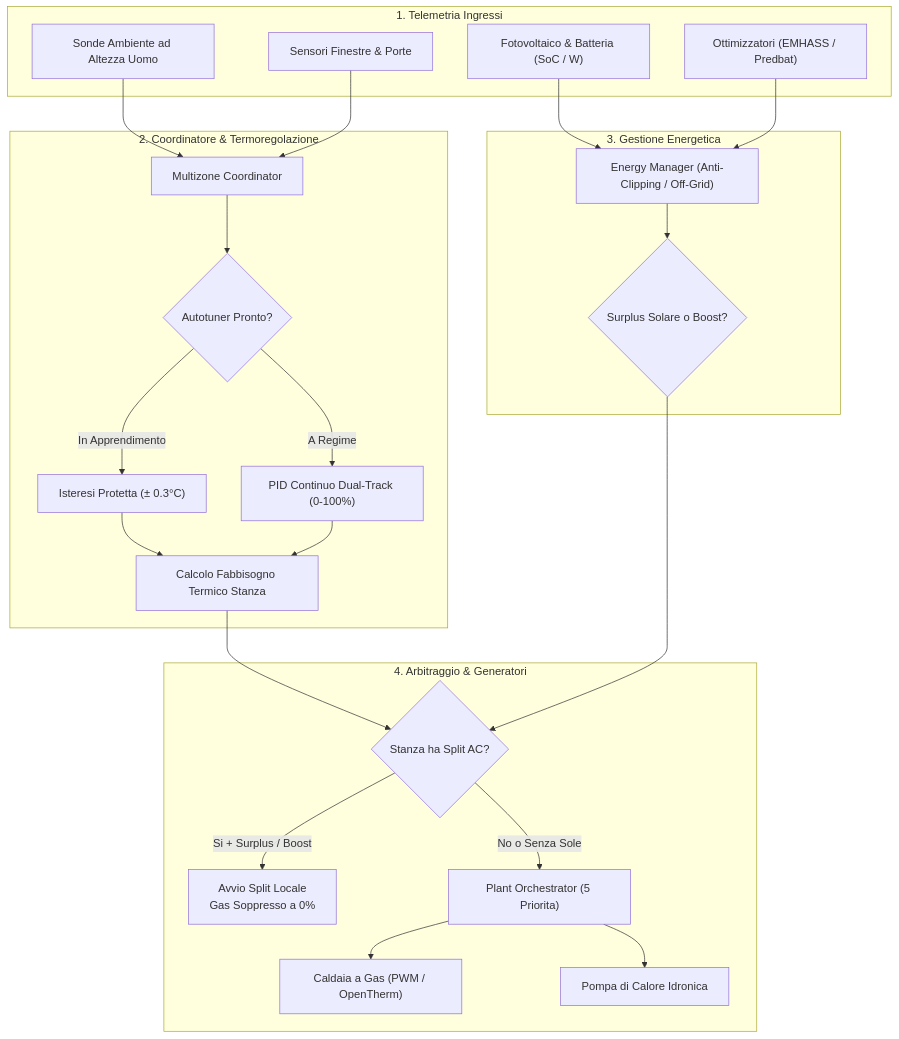
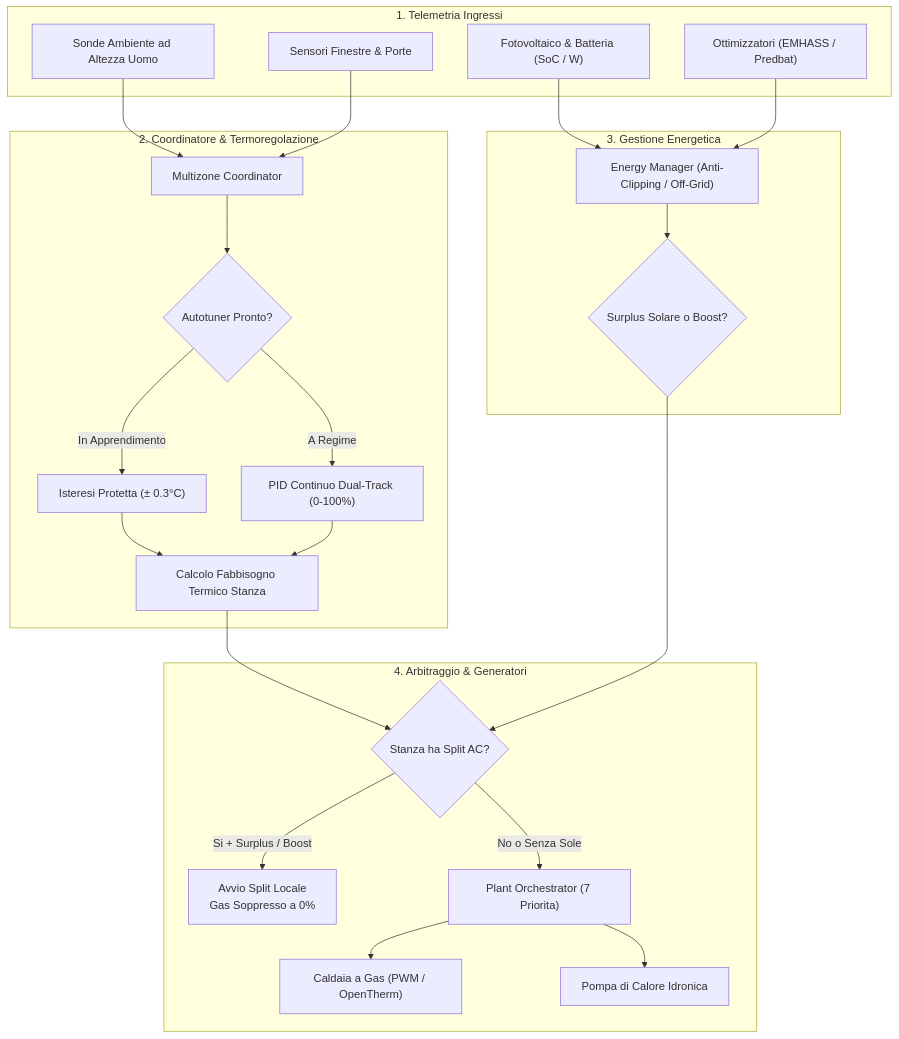
Before and after one commit to alex-military/multizone-thermostat: the diagram in docs/wiki/it/home.md, drawn with Mermaid. The commit also changed other lines of this file and 25 other files, not shown here.

Commit message:
docs: update wiki, README and roadmap through v6.0.26

````diff
--- a/docs/wiki/it/home.md
+++ b/docs/wiki/it/home.md
@@ -168,47 +168,47 @@
 ```mermaid
 flowchart TD
     subgraph S["1. Telemetria Ingressi"]
         S1["Sonde Ambiente ad Altezza Uomo"]
         S2["Sensori Finestre & Porte"]
         S3["Fotovoltaico & Batteria (SoC / W)"]
         S4["Ottimizzatori (EMHASS / Predbat)"]
     end
 
     subgraph C["2. Coordinatore & Termoregolazione"]
         C1["Multizone Coordinator"]
         C2{"Autotuner Pronto?"}
         C3["Isteresi Protetta (± 0.3°C)"]
         C4["PID Continuo Dual-Track (0-100%)"]
         C5["Calcolo Fabbisogno Termico Stanza"]
     end
 
     subgraph E["3. Gestione Energetica"]
         E1["Energy Manager (Anti-Clipping / Off-Grid)"]
         E2{"Surplus Solare o Boost?"}
     end
 
     subgraph A["4. Arbitraggio & Generatori"]
         A1{"Stanza ha Split AC?"}
         A2["Avvio Split Locale<br>Gas Soppresso a 0%"]
-        A3["Plant Orchestrator (5 Priorita)"]
+        A3["Plant Orchestrator (7 Priorita)"]
         A4["Caldaia a Gas (PWM / OpenTherm)"]
         A5["Pompa di Calore Idronica"]
     end
 
     S1 --> C1
     S2 --> C1
     S3 --> E1
     S4 --> E1
     C1 --> C2
     C2 -->|In Apprendimento| C3
     C2 -->|A Regime| C4
     C3 --> C5
     C4 --> C5
     E1 --> E2
     C5 --> A1
     E2 --> A1
     A1 -->|Si + Surplus / Boost| A2
     A1 -->|No o Senza Sole| A3
     A3 --> A4
     A3 --> A5
 ```
````
